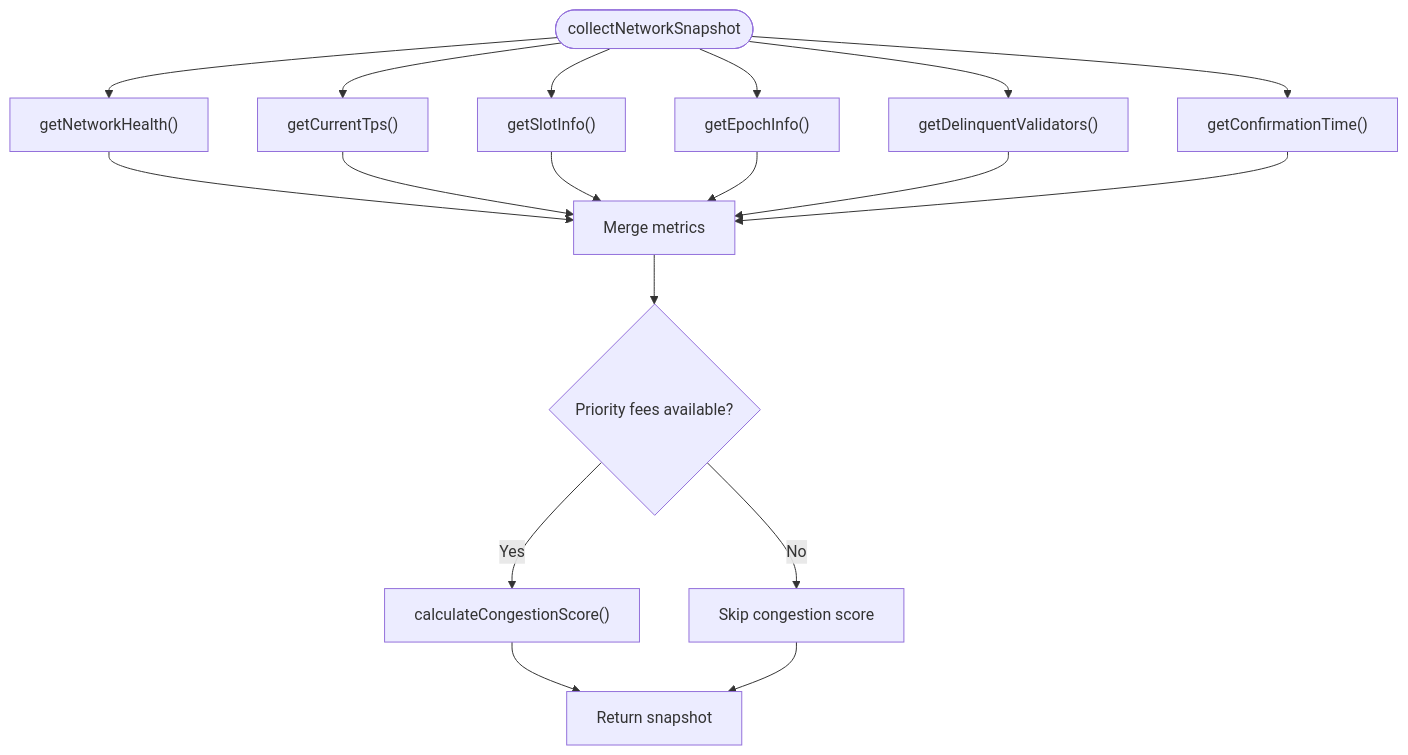
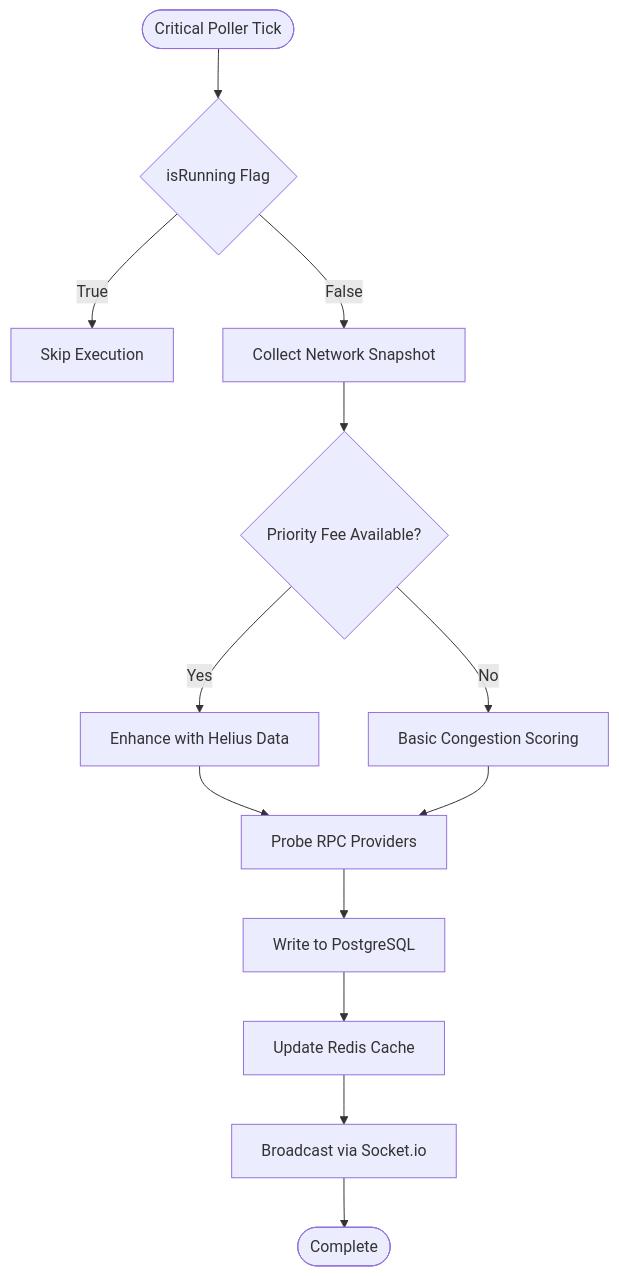
One commit to RunTimeAdmin/InfraWatch changed the third of 4 diagrams in .qoder/repowiki/en/content/Development Guide.md. Above: the diagram before and after it, drawn with Mermaid. The commit also changed other lines of this file and 12 other files, not shown here.

````diff
--- a/.qoder/repowiki/en/content/Development Guide.md
+++ b/.qoder/repowiki/en/content/Development Guide.md
@@ -201,20 +242,15 @@
 ```mermaid
 flowchart TD
-Start(["collectNetworkSnapshot"]) --> Health["getNetworkHealth()"]
-Start --> TPS["getCurrentTps()"]
-Start --> Slot["getSlotInfo()"]
-Start --> Epoch["getEpochInfo()"]
-Start --> Delinquent["getDelinquentValidators()"]
-Start --> Conf["getConfirmationTime()"]
-Health --> Merge["Merge metrics"]
-TPS --> Merge
-Slot --> Merge
-Epoch --> Merge
-Delinquent --> Merge
-Conf --> Merge
-Merge --> Congestion{"Priority fees available?"}
-Congestion --> |Yes| Score["calculateCongestionScore()"]
-Congestion --> |No| Skip["Skip congestion score"]
-Score --> Return["Return snapshot"]
-Skip --> Return
+Start(["Critical Poller Tick"]) --> Check{"isRunning Flag"}
+Check --> |True| Skip["Skip Execution"]
+Check --> |False| Collect["Collect Network Snapshot"]
+Collect --> Validate{"Priority Fee Available?"}
+Validate --> |Yes| Enhance["Enhance with Helius Data"]
+Validate --> |No| Basic["Basic Congestion Scoring"]
+Enhance --> RPC["Probe RPC Providers"]
+Basic --> RPC
+RPC --> Persist["Write to PostgreSQL"]
+Persist --> Cache["Update Redis Cache"]
+Cache --> Broadcast["Broadcast via Socket.io"]
+Broadcast --> End(["Complete"])
 ```
````
